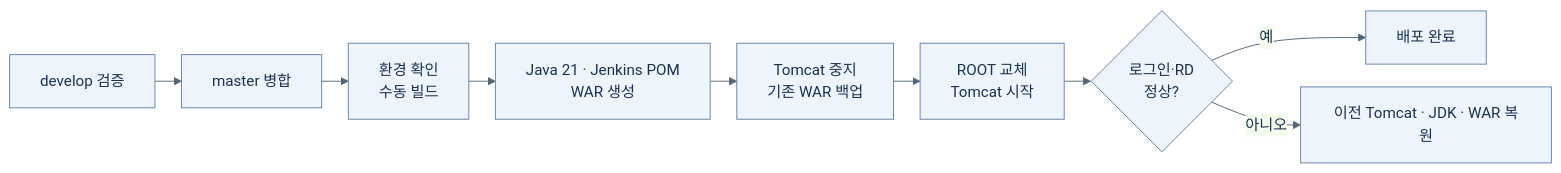
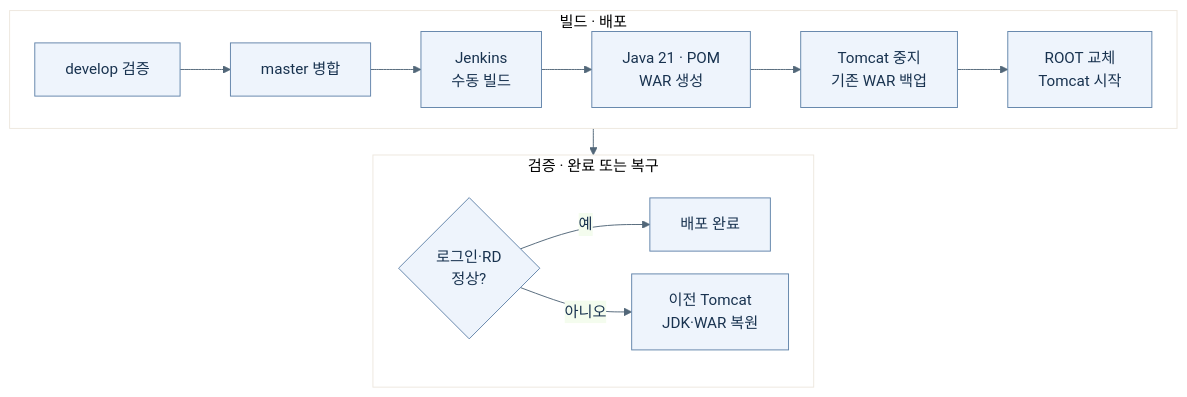
Before and after one commit to mnuil/mnuil: the diagram in assets/withhr/deploy-flow.mmd, drawn with Mermaid. The commit also changed 16 other files, not shown here.

```diff
--- a/assets/withhr/deploy-flow.mmd
+++ b/assets/withhr/deploy-flow.mmd
@@ -1,6 +1,12 @@
 %%{init: {"theme":"base","fontFamily":"Malgun Gothic, sans-serif","themeVariables":{"fontFamily":"Malgun Gothic, sans-serif","fontSize":"16px","primaryColor":"#eef4fc","primaryTextColor":"#18324f","primaryBorderColor":"#6284aa","lineColor":"#526779","actorBkg":"#eef4fc","actorBorder":"#6284aa"},"flowchart":{"htmlLabels":true,"nodeSpacing":24,"rankSpacing":28,"padding":16},"sequence":{"actorMargin":35,"messageMargin":24,"noteMargin":12,"mirrorActors":false,"useMaxWidth":true}}}%%
-flowchart LR
- A["develop 검증"] --> B["master 병합"] --> C["환경 확인<br/>수동 빌드"] --> D["Java 21 · Jenkins POM<br/>WAR 생성"]
- D --> E["Tomcat 중지<br/>기존 WAR 백업"] --> F["ROOT 교체<br/>Tomcat 시작"] --> G{"로그인·RD<br/>정상?"}
- G -->|예| H["배포 완료"]
- G -->|아니오| I["이전 Tomcat · JDK · WAR 복원"]
+flowchart TB
+ subgraph PREP["빌드 · 배포"]
+ direction LR
+ A["develop 검증"] --> B["master 병합"] --> C["Jenkins<br/>수동 빌드"] --> D["Java 21 · POM<br/>WAR 생성"] --> E["Tomcat 중지<br/>기존 WAR 백업"] --> F["ROOT 교체<br/>Tomcat 시작"]
+ end
+ subgraph CHECK["검증 · 완료 또는 복구"]
+ direction LR
+ G{"로그인·RD<br/>정상?"} -->|예| H["배포 완료"]
+ G -->|아니오| I["이전 Tomcat<br/>JDK·WAR 복원"]
+ end
+ PREP --> CHECK
```
